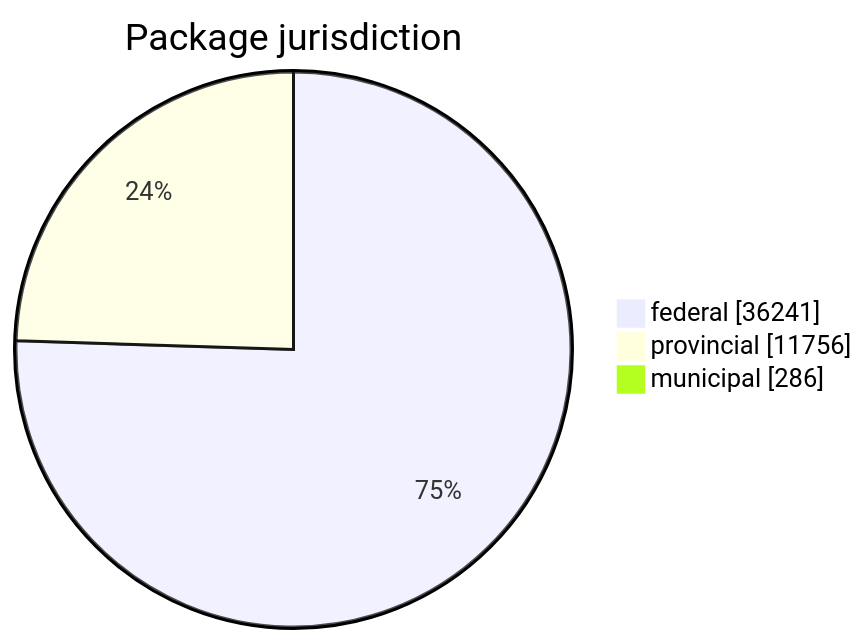
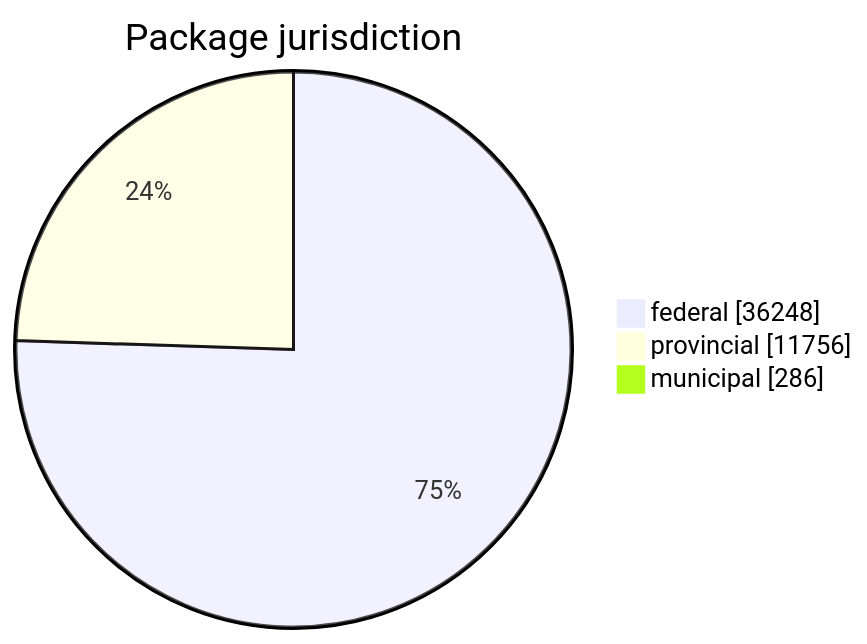
One commit to open-data/analytics-corporate-reporting changed the first of 5 diagrams in FreshCheck/README.md. Above: the diagram before and after it, drawn with Mermaid. The commit also changed other lines of this file and 3 other files, not shown here.

````diff
--- a/FreshCheck/README.md
+++ b/FreshCheck/README.md
@@ -60,6 +60,6 @@
 ```mermaid
 pie showData title Package jurisdiction
-    "federal": 36241
+    "federal": 36248
     "provincial": 11756
     "municipal": 286
 ```
````
